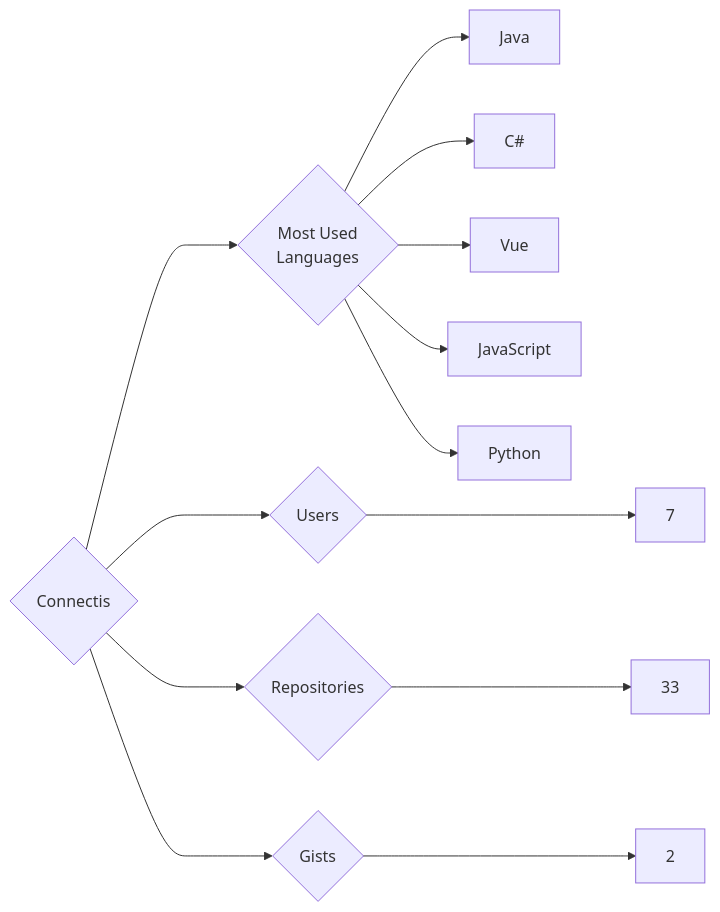
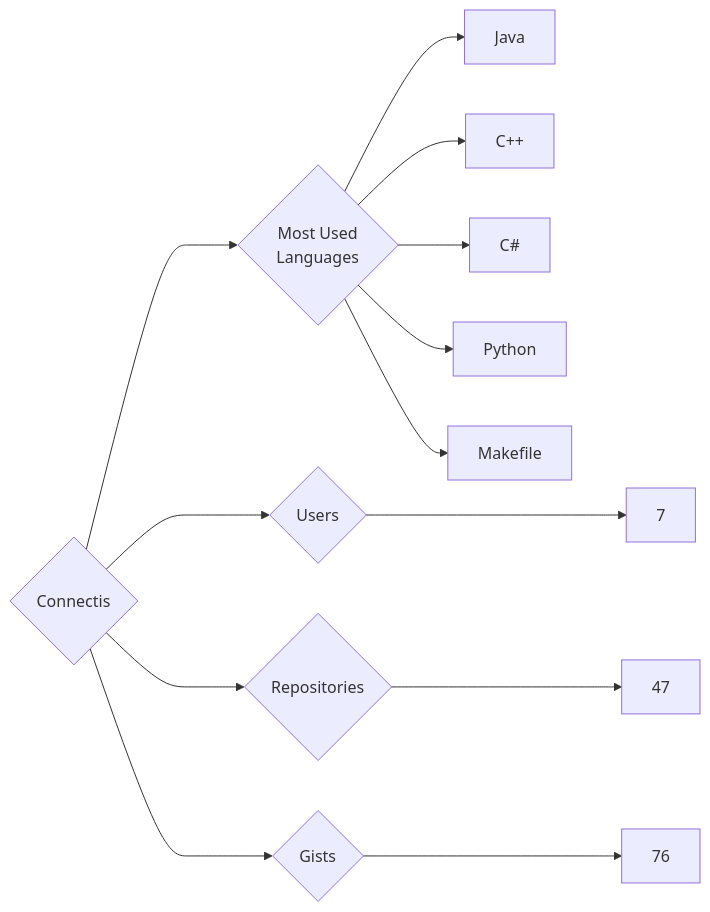
The diagram in targets/Connectis/README.md (trickest/insiders), drawn with Mermaid before and after one commit. The commit also changed 1238 other files, not shown here.

````diff
--- a/targets/Connectis/README.md
+++ b/targets/Connectis/README.md
@@ -3,13 +3,13 @@
 ```mermaid
 graph LR
 COMPANY_NAME{Connectis}
 COMPANY_NAME ---> U{Users} ---> UN[7]
-COMPANY_NAME ---> R{Repositories} ---> RN[33]
-COMPANY_NAME ---> G{Gists} ---> GN[2]
+COMPANY_NAME ---> R{Repositories} ---> RN[47]
+COMPANY_NAME ---> G{Gists} ---> GN[76]
 COMPANY_NAME ---> ML{Most Used<br>Languages}
 ML --> Java[Java]
+ML --> C++[C++]
 ML --> C#[C#]
-ML --> Vue[Vue]
-ML --> JavaScript[JavaScript]
 ML --> Python[Python]
+ML --> Makefile[Makefile]
 ```
````
